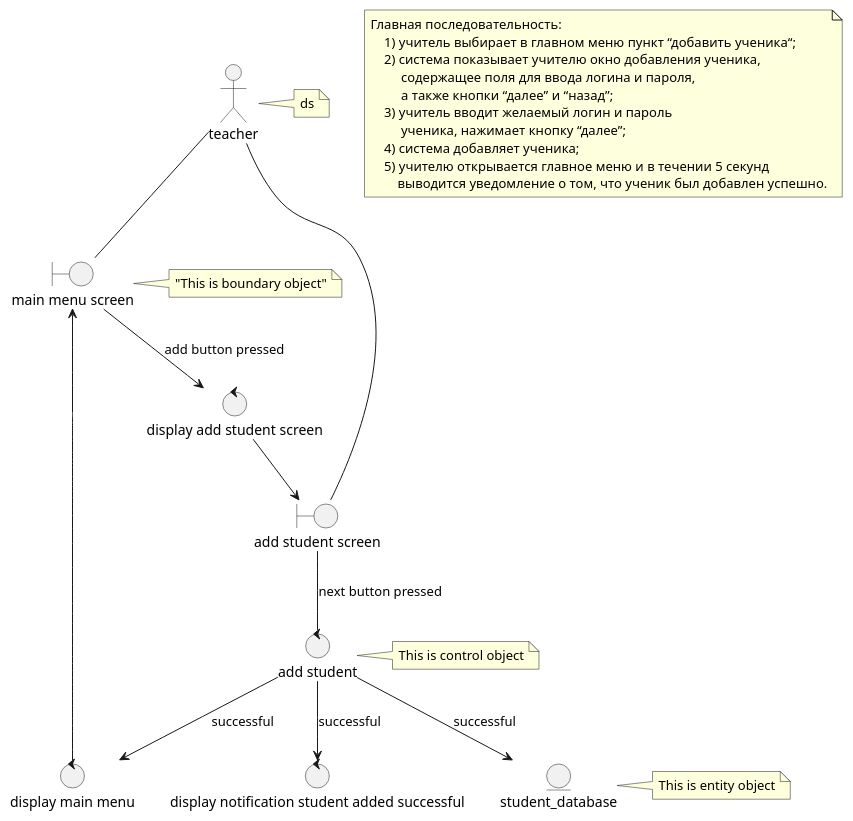
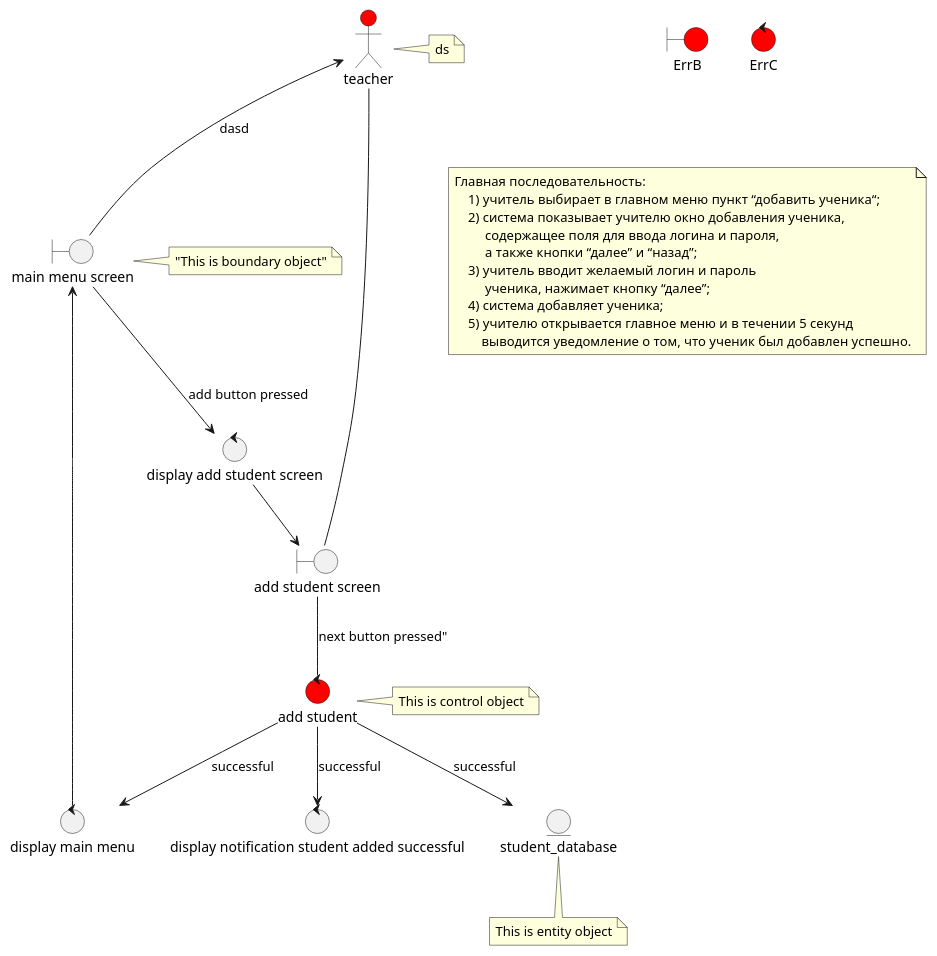
The diagram in converter_2/description/regex/rob_puml.wsd (Leartiz/plantuml_to_structs_converter), drawn with PlantUML before and after one commit. The commit also changed 17 other files, not shown here.

Commit message:
вся диаграмма робстнсти.

```diff
--- a/converter_2/description/regex/rob_puml.wsd
+++ b/converter_2/description/regex/rob_puml.wsd
@@ -1,44 +1,47 @@
 @startuml
 
-actor teacher  
+boundary ErrB #red
+control ErrC #red
+
+actor teacher  #red
 entity student_database
 boundary "main menu screen" as main_menu_screen
 boundary "add student screen" as add_student_screen 
 control "display add student screen" as display_add_student_screen
 control "display main menu" as display_main_menu
 control "display notification student added successful" as display_notification_student_added_successful
-control "add student" as add_student
+control "add student" as add_student #red
 
-teacher -- main_menu_screen 
+teacher <-- main_menu_screen : dasd
 teacher -- add_student_screen
 
 main_menu_screen --> display_add_student_screen : add button pressed
 
 display_add_student_screen --> add_student_screen
 display_main_menu --> main_menu_screen
 
-add_student_screen -- add_student : "next button pressed"
+add_student_screen -- add_student : next button pressed"
 add_student --> student_database : "successful"
 add_student --> display_main_menu : "successful"
 add_student --> display_notification_student_added_successful : "successful"
 
 note right of teacher:ds
 
 
 note right of main_menu_screen : "This is boundary object"
-note right of student_database : This is entity object 
+note bottom of student_database : This is entity object 
 note right of add_student : This is control object 
 note as scenario
 Главная последовательность:
     1) учитель выбирает в главном меню пункт “добавить ученика“;
     2) система показывает учителю окно добавления ученика, 
          содержащее поля для ввода логина и пароля, 
          а также кнопки “далее” и “назад”;
     3) учитель вводит желаемый логин и пароль 
          ученика, нажимает кнопку “далее”;
     4) система добавляет ученика;
     5) учителю открывается главное меню и в течении 5 секунд
         выводится уведомление о том, что ученик был добавлен успешно.
 end note
 
 @enduml
```
